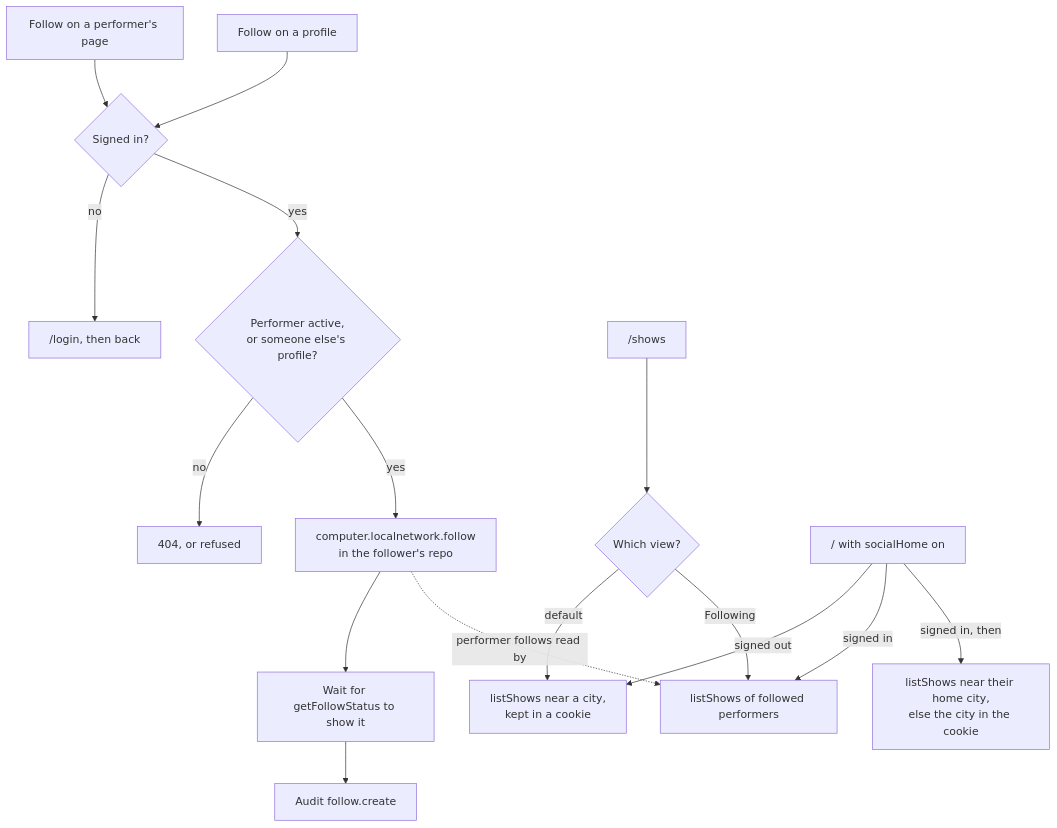
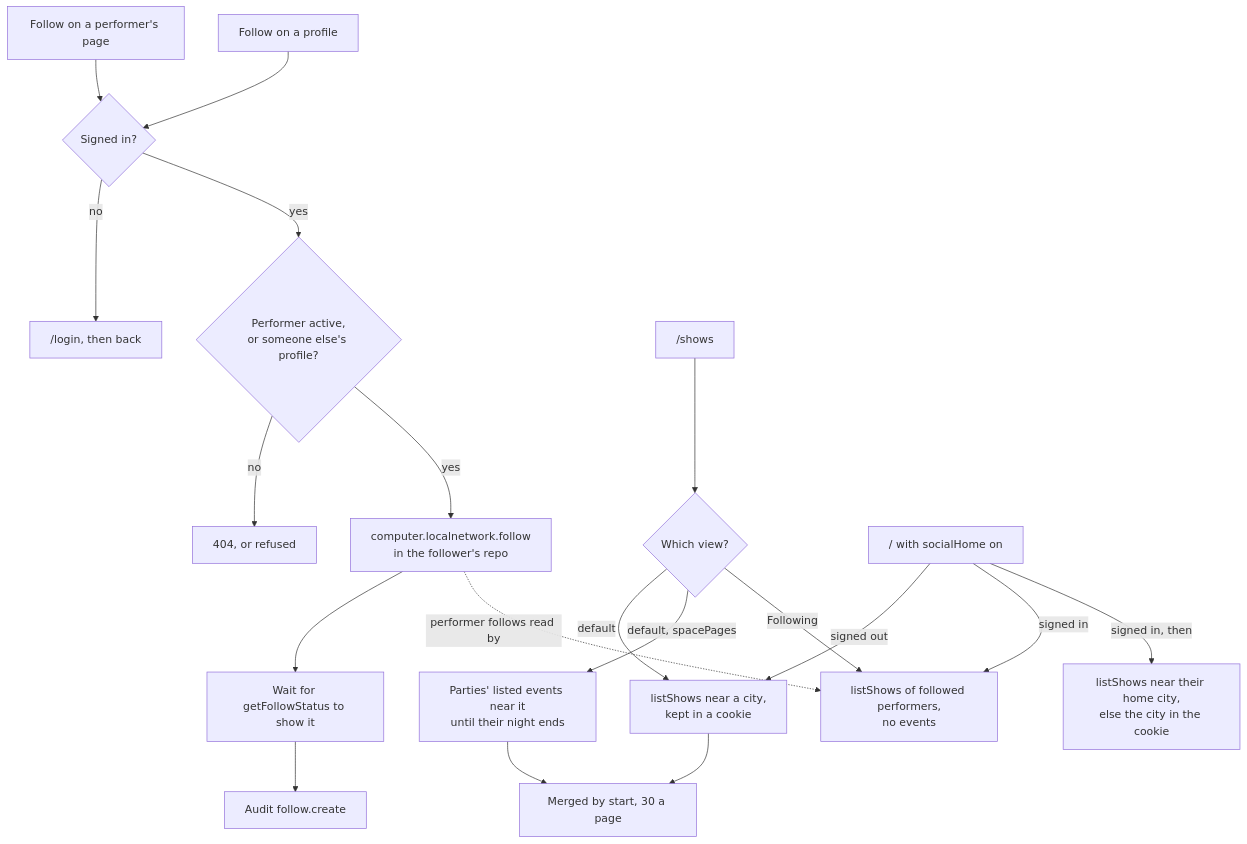
The second of 6 diagrams in apps/web/docs/diagrams/shows-and-inbox.md (cutenode/localnetwork), drawn with Mermaid before and after one commit. The commit also changed other lines of this file and 36 other files, not shown here.

First line of the commit message:
feat(web): venue pages, party events in /shows, and Never confirmed

````diff
--- a/apps/web/docs/diagrams/shows-and-inbox.md
+++ b/apps/web/docs/diagrams/shows-and-inbox.md
@@ -46,18 +46,21 @@
 ```mermaid
 flowchart TD
   Button["Follow on a performer's page"] --> Signed{"Signed in?"}
   Person["Follow on a profile"] --> Signed
   Signed -- "no" --> Login["/login, then back"]
   Signed -- "yes" --> Active{"Performer active,<br/>or someone else's profile?"}
   Active -- "no" --> Gone["404, or refused"]
   Active -- "yes" --> Write["computer.localnetwork.follow<br/>in the follower's repo"]
   Write --> Wait["Wait for getFollowStatus to show it"]
   Wait --> Audit["Audit follow.create"]
   Shows["/shows"] --> View{"Which view?"}
   View -- "default" --> Near["listShows near a city,<br/>kept in a cookie"]
-  View -- "Following" --> Followed["listShows of followed performers"]
+  View -- "default, spacePages" --> Events["Parties' listed events near it<br/>until their night ends"]
+  Near --> Merged["Merged by start, 30 a page"]
+  Events --> Merged
+  View -- "Following" --> Followed["listShows of followed performers,<br/>no events"]
   Write -. "performer follows read by" .-> Followed
   Home["/ with socialHome on"] -- "signed out" --> Near
   Home -- "signed in" --> Followed
   Home -- "signed in, then" --> HomeCity["listShows near their home city,<br/>else the city in the cookie"]
 ```
````
